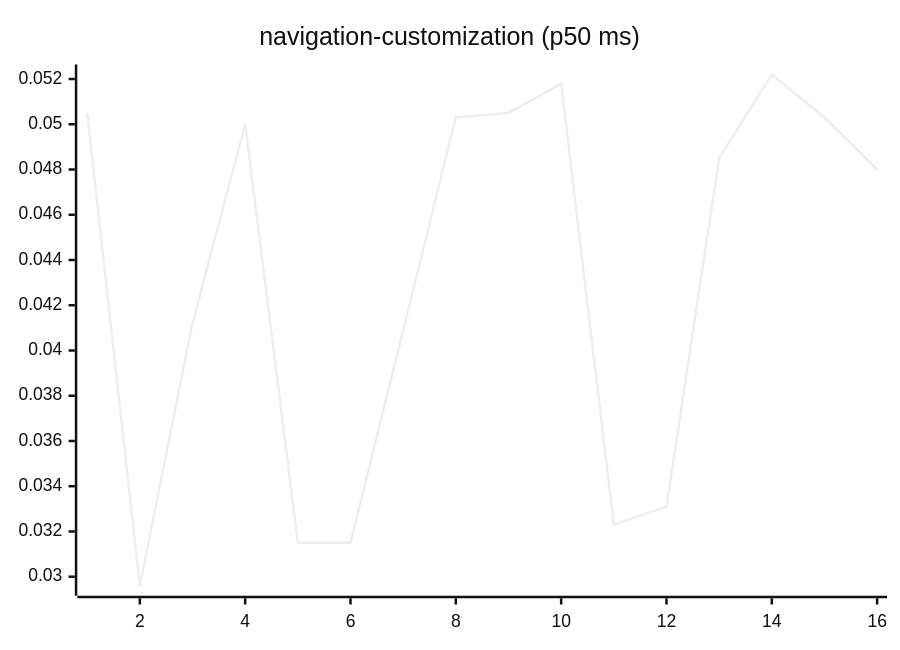
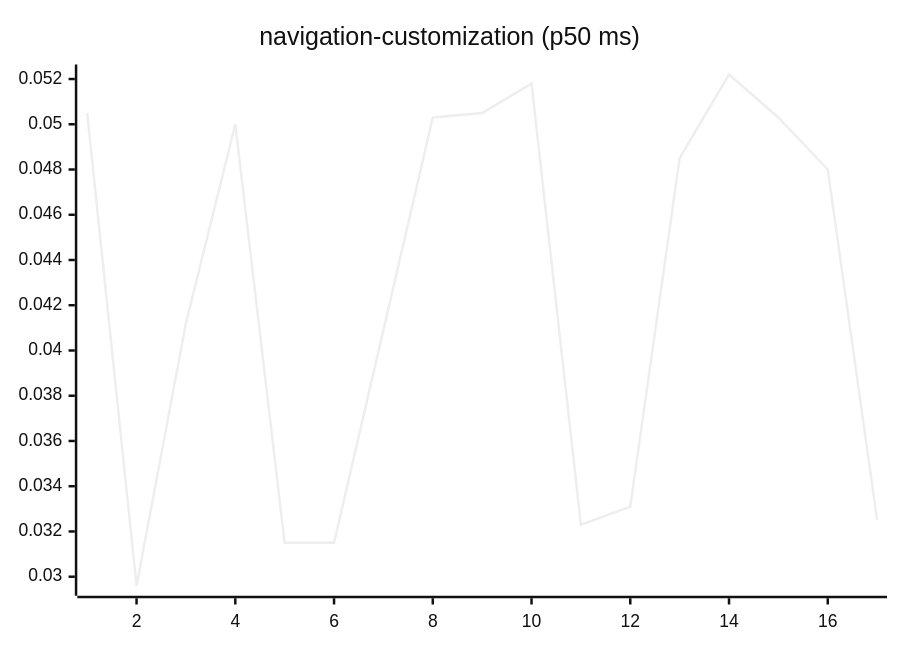
Before and after one commit to josha/Facet: diagram 15 of 27 in README.md, drawn with Mermaid (neutral theme). The commit also changed other lines of this file and 2 other files, not shown here.

````diff
--- a/README.md
+++ b/README.md
@@ -161,6 +161,6 @@
 ```mermaid
 xychart-beta
     title "navigation-customization (p50 ms)"
-    x-axis 1 --> 16
-    line [0.0505, 0.0296, 0.0412, 0.0500, 0.0315, 0.0315, 0.0409, 0.0503, 0.0505, 0.0518, 0.0323, 0.0331, 0.0485, 0.0522, 0.0503, 0.0480]
+    x-axis 1 --> 17
+    line [0.0505, 0.0296, 0.0412, 0.0500, 0.0315, 0.0315, 0.0409, 0.0503, 0.0505, 0.0518, 0.0323, 0.0331, 0.0485, 0.0522, 0.0503, 0.0480, 0.0325]
 ```
````
